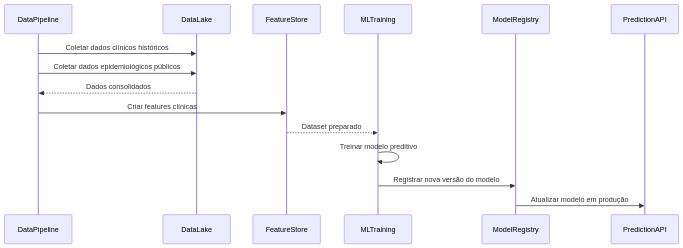
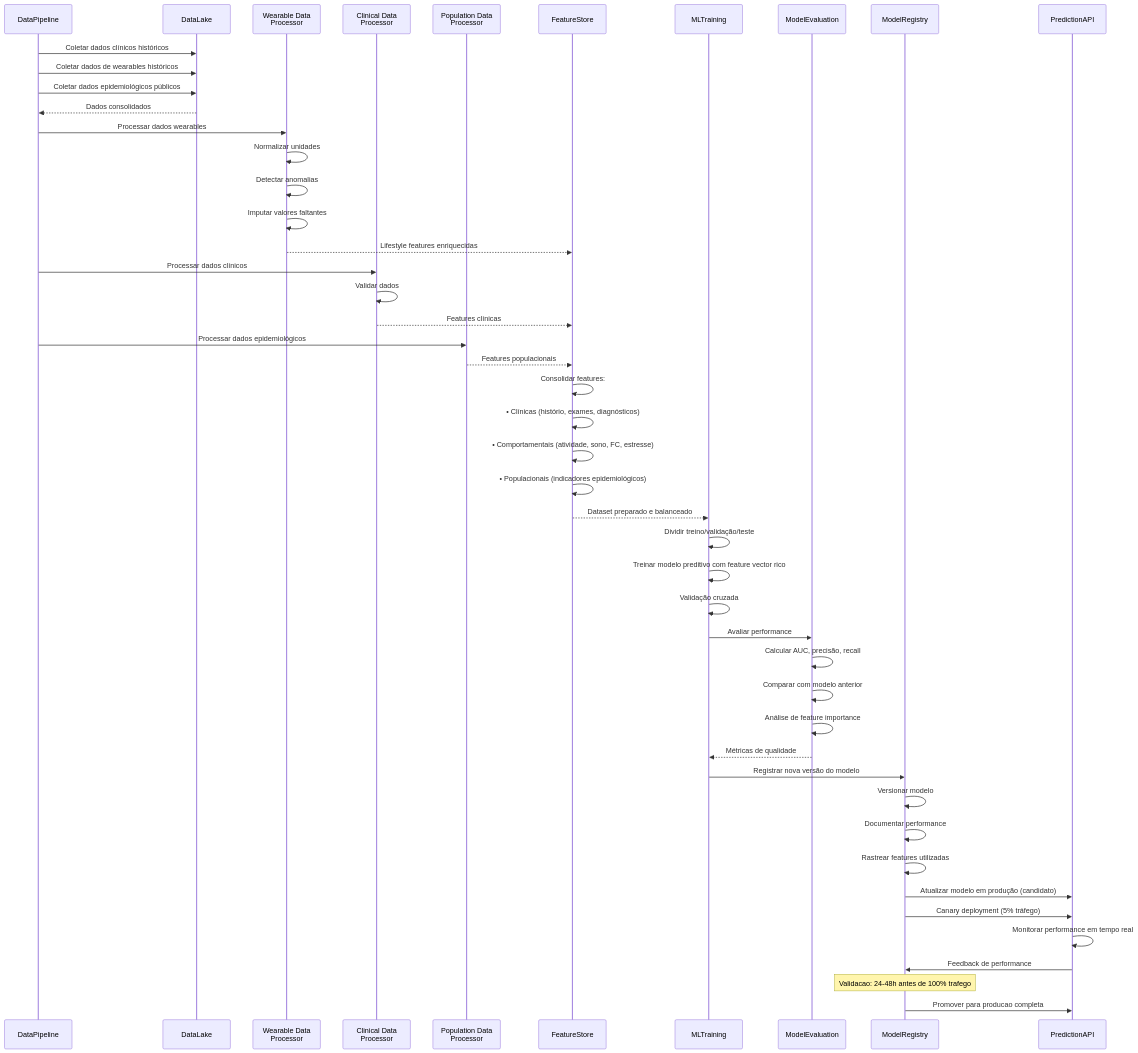
The seventh of 7 diagrams in DIAGRAMA DE SEQUENCIA.md (ccps1-care-predict/care-plus-ccps1), drawn with Mermaid before and after one commit. The commit also changed other lines of this file and 11 other files, not shown here.

````diff
--- a/DIAGRAMA DE SEQUENCIA.md
+++ b/DIAGRAMA DE SEQUENCIA.md
@@ -173,25 +307,66 @@
 ```mermaid
 sequenceDiagram
 
 participant DataPipeline
 participant DataLake
+participant WearableProcessor as Wearable Data<br/>Processor
+participant ClinicalProcessor as Clinical Data<br/>Processor
+participant PopulationProcessor as Population Data<br/>Processor
 participant FeatureStore
 participant MLTraining
+participant ModelEvaluation
 participant ModelRegistry
 participant PredictionAPI
 
 DataPipeline->>DataLake: Coletar dados clínicos históricos
+DataPipeline->>DataLake: Coletar dados de wearables históricos
 DataPipeline->>DataLake: Coletar dados epidemiológicos públicos
 
 DataLake-->>DataPipeline: Dados consolidados
 
-DataPipeline->>FeatureStore: Criar features clínicas
+DataPipeline->>WearableProcessor: Processar dados wearables
+WearableProcessor->>WearableProcessor: Normalizar unidades
+WearableProcessor->>WearableProcessor: Detectar anomalias
+WearableProcessor->>WearableProcessor: Imputar valores faltantes
+WearableProcessor-->>FeatureStore: Lifestyle features enriquecidas
 
-FeatureStore-->>MLTraining: Dataset preparado
+DataPipeline->>ClinicalProcessor: Processar dados clínicos
+ClinicalProcessor->>ClinicalProcessor: Validar dados
+ClinicalProcessor-->>FeatureStore: Features clínicas
 
-MLTraining->>MLTraining: Treinar modelo preditivo
+DataPipeline->>PopulationProcessor: Processar dados epidemiológicos
+PopulationProcessor-->>FeatureStore: Features populacionais
+
+FeatureStore->>FeatureStore: Consolidar features:
+FeatureStore->>FeatureStore: • Clínicas (histório, exames, diagnósticos)
+FeatureStore->>FeatureStore: • Comportamentais (atividade, sono, FC, estresse)
+FeatureStore->>FeatureStore: • Populacionais (indicadores epidemiológicos)
+
+FeatureStore-->>MLTraining: Dataset preparado e balanceado
+
+MLTraining->>MLTraining: Dividir treino/validação/teste
+MLTraining->>MLTraining: Treinar modelo preditivo com feature vector rico
+MLTraining->>MLTraining: Validação cruzada
+
+MLTraining->>ModelEvaluation: Avaliar performance
+ModelEvaluation->>ModelEvaluation: Calcular AUC, precisão, recall
+ModelEvaluation->>ModelEvaluation: Comparar com modelo anterior
+ModelEvaluation->>ModelEvaluation: Análise de feature importance
+
+ModelEvaluation-->>MLTraining: Métricas de qualidade
 
 MLTraining->>ModelRegistry: Registrar nova versão do modelo
+ModelRegistry->>ModelRegistry: Versionar modelo
+ModelRegistry->>ModelRegistry: Documentar performance
+ModelRegistry->>ModelRegistry: Rastrear features utilizadas
 
-ModelRegistry->>PredictionAPI: Atualizar modelo em produção
+ModelRegistry->>PredictionAPI: Atualizar modelo em produção (candidato)
+ModelRegistry->>PredictionAPI: Canary deployment (5% tráfego)
+
+PredictionAPI->>PredictionAPI: Monitorar performance em tempo real
+PredictionAPI->>ModelRegistry: Feedback de performance
+
+note over ModelRegistry: Validacao: 24-48h antes de 100% trafego
+
+ModelRegistry->>PredictionAPI: Promover para producao completa
 ```
````
